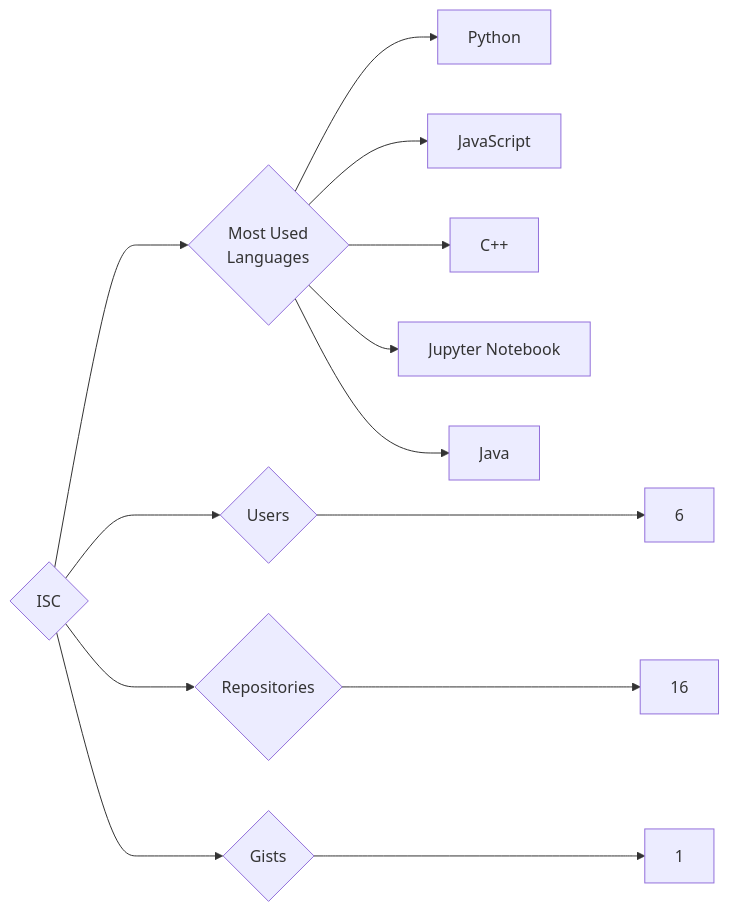
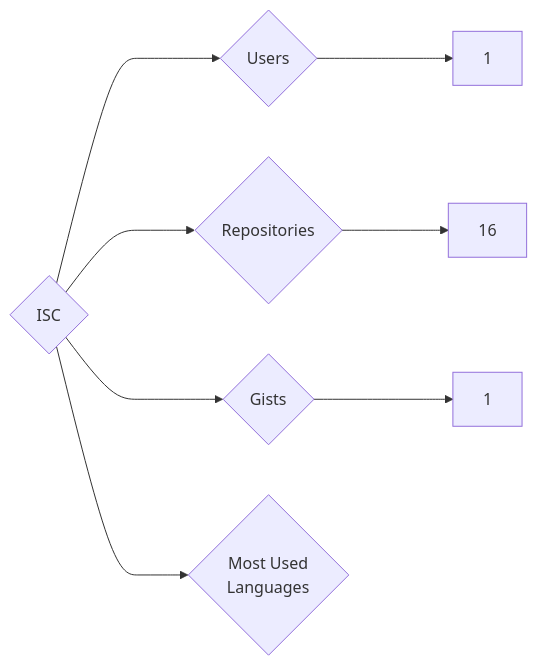
The diagram in targets/ISC/README.md (trickest/insiders), drawn with Mermaid before and after one commit. The commit also changed 984 other files, not shown here.

````diff
--- a/targets/ISC/README.md
+++ b/targets/ISC/README.md
@@ -3,13 +3,8 @@
 ```mermaid
 graph LR
 COMPANY_NAME{ISC}
-COMPANY_NAME ---> U{Users} ---> UN[6]
+COMPANY_NAME ---> U{Users} ---> UN[1]
 COMPANY_NAME ---> R{Repositories} ---> RN[16]
 COMPANY_NAME ---> G{Gists} ---> GN[1]
 COMPANY_NAME ---> ML{Most Used<br>Languages}
-ML --> Python[Python]
-ML --> JavaScript[JavaScript]
-ML --> C++[C++]
-ML --> Jupyter_Notebook[Jupyter Notebook]
-ML --> Java[Java]
 ```
````
